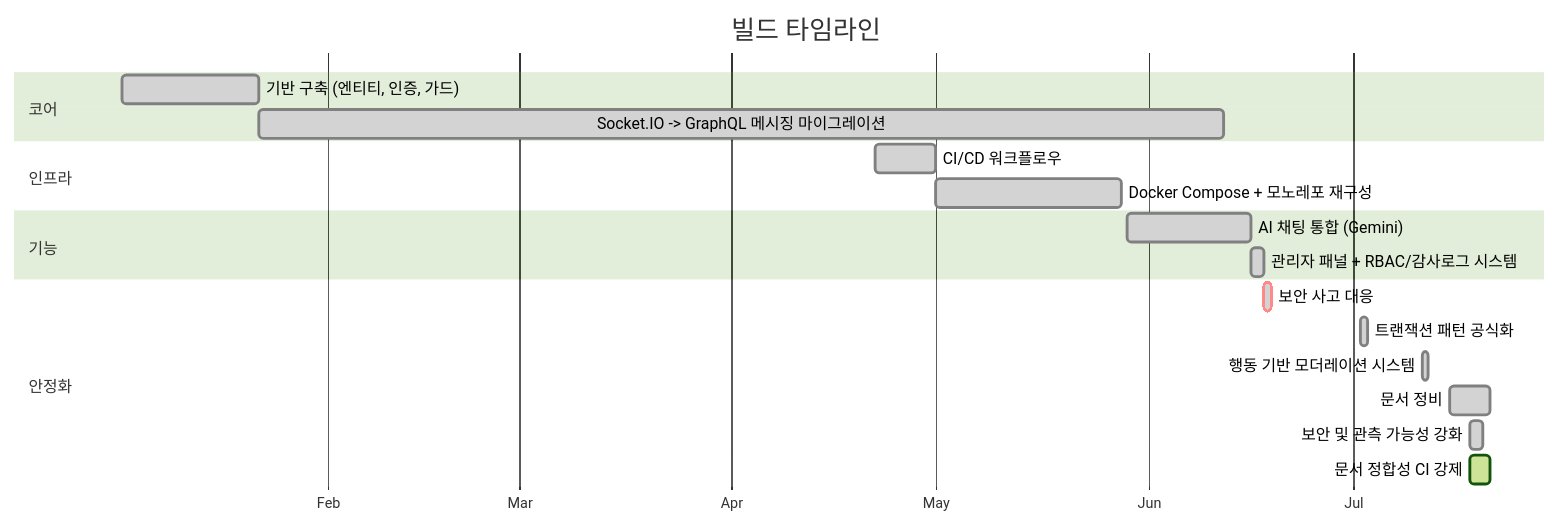
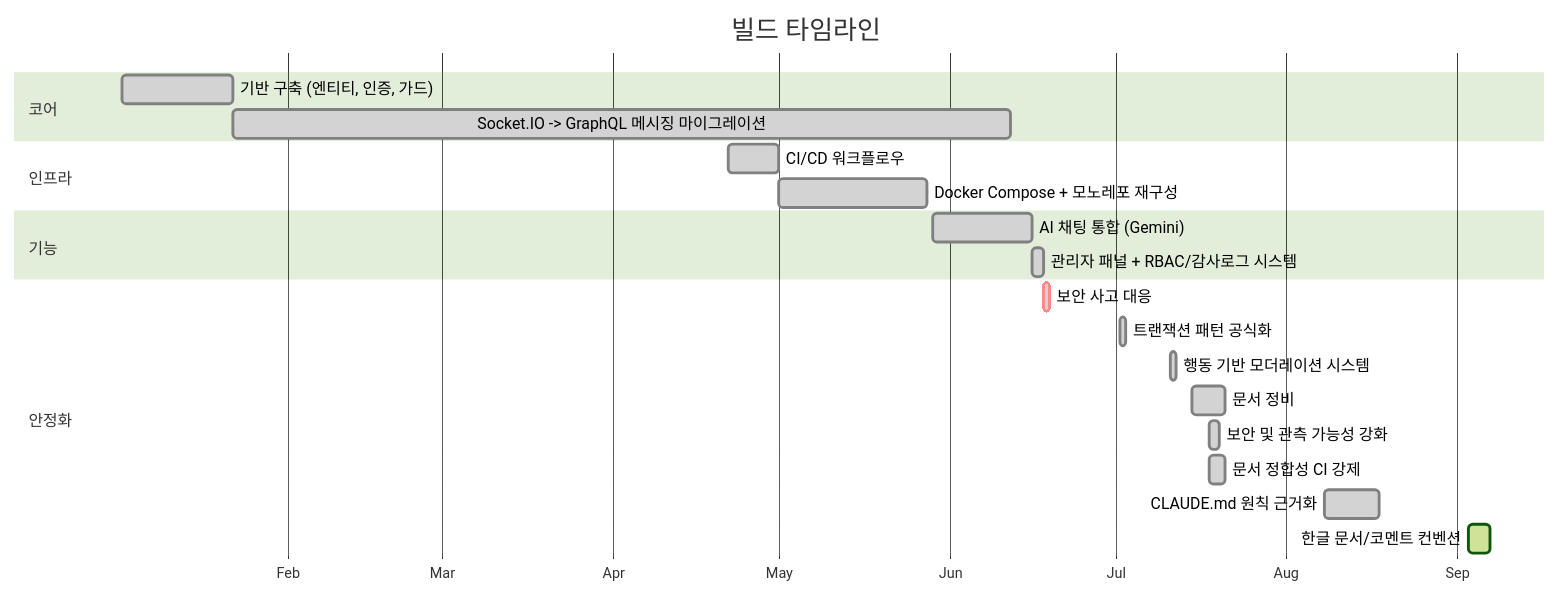
Before and after one commit to Bluecode77732/Chat-project: the diagram in ROADMAP.ko.md, drawn with Mermaid (forest theme). The commit also changed other lines of this file and 5 other files, not shown here.

First line of the commit message:
Docs: ROADMAP에 Phase 12/13 추가, CHANGELOG 재동기화

````diff
--- a/ROADMAP.ko.md
+++ b/ROADMAP.ko.md
@@ -10,22 +10,24 @@
 ```mermaid
 gantt
     title 빌드 타임라인
     dateFormat YYYY-MM-DD
     axisFormat %b
     section 코어
     기반 구축 (엔티티, 인증, 가드)                :done, 2026-01-02, 20d
     Socket.IO -> GraphQL 메시징 마이그레이션        :done, 2026-01-22, 141d
     section 인프라
     CI/CD 워크플로우                               :done, 2026-04-22, 9d
     Docker Compose + 모노레포 재구성                :done, 2026-05-01, 27d
     section 기능
     AI 채팅 통합 (Gemini)                          :done, 2026-05-29, 18d
     관리자 패널 + RBAC/감사로그 시스템                :done, 2026-06-16, 2d
     section 안정화
     보안 사고 대응                                 :crit, done, 2026-06-18, 1d
     트랜잭션 패턴 공식화                            :done, 2026-07-02, 1d
     행동 기반 모더레이션 시스템                       :done, 2026-07-11, 1d
     문서 정비                                     :done, 2026-07-15, 6d
     보안 및 관측 가능성 강화                          :done, 2026-07-18, 2d
-    문서 정합성 CI 강제                             :active, 2026-07-18, 3d
+    문서 정합성 CI 강제                             :done, 2026-07-18, 3d
+    CLAUDE.md 원칙 근거화                          :done, 2026-08-08, 10d
+    한글 문서/코멘트 컨벤션                          :active, 2026-09-03, 4d
 ```
````
